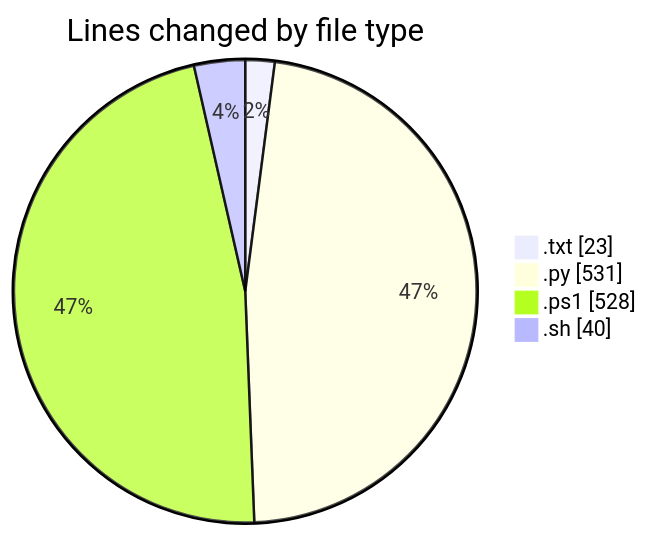
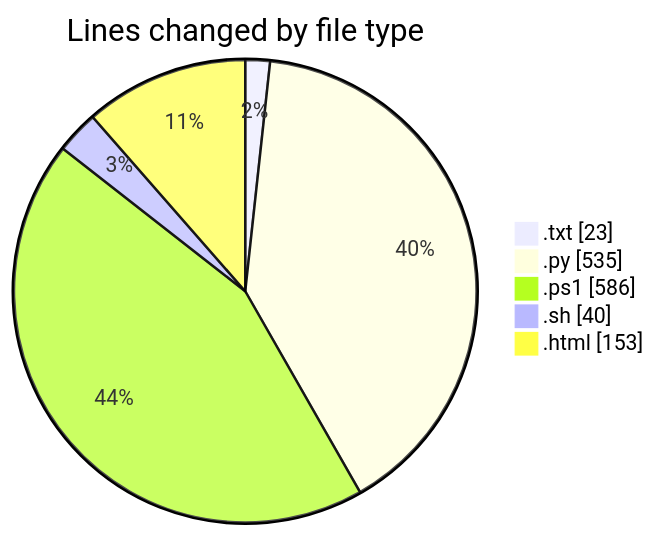
The first of 2 diagrams in 2025-05-16/python_app_deploy/README.md (CELIANVF/code-tracking), drawn with Mermaid before and after one commit. The commit also changed other lines of this file and 1 other file, not shown here.

````diff
--- a/2025-05-16/python_app_deploy/README.md
+++ b/2025-05-16/python_app_deploy/README.md
@@ -27,8 +29,9 @@
 ```mermaid
 pie showData
 title Lines changed by file type
 ".txt" : 23
-".py" : 531
-".ps1" : 528
+".py" : 535
+".ps1" : 586
 ".sh" : 40
+".html" : 153
 ```
````
